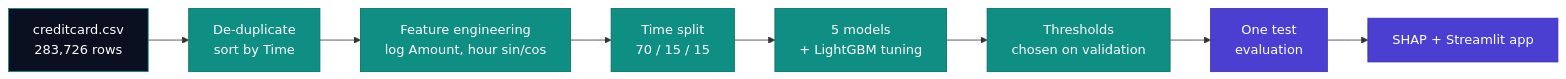
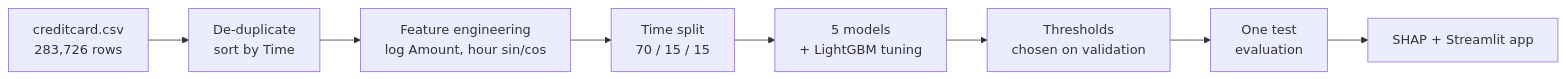
One commit to D0027/credit-card-fraud-detection changed the diagram in README.md. Above: the diagram before and after it, drawn with Mermaid. The commit also changed other lines of this file, not shown here.

````diff
--- a/README.md
+++ b/README.md
@@ -200,17 +106,10 @@
 ```mermaid
 flowchart LR
     A["creditcard.csv<br/>283,726 rows"] --> B["De-duplicate<br/>sort by Time"]
     B --> C["Feature engineering<br/>log Amount, hour sin/cos"]
     C --> D["Time split<br/>70 / 15 / 15"]
     D --> E["5 models<br/>+ LightGBM tuning"]
     E --> F["Thresholds<br/>chosen on validation"]
     F --> G["One test<br/>evaluation"]
     G --> H["SHAP + Streamlit app"]
-
-    classDef data fill:#0b1020,stroke:#0f8f84,color:#ffffff;
-    classDef step fill:#0f8f84,stroke:#0b6b63,color:#ffffff;
-    classDef final fill:#4b3fd1,stroke:#3a30a8,color:#ffffff;
-    class A data;
-    class B,C,D,E,F step;
-    class G,H final;
 ```
````
